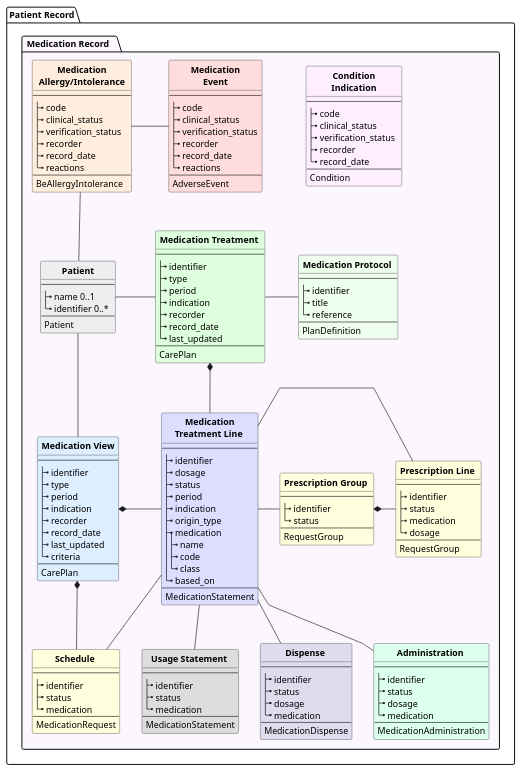
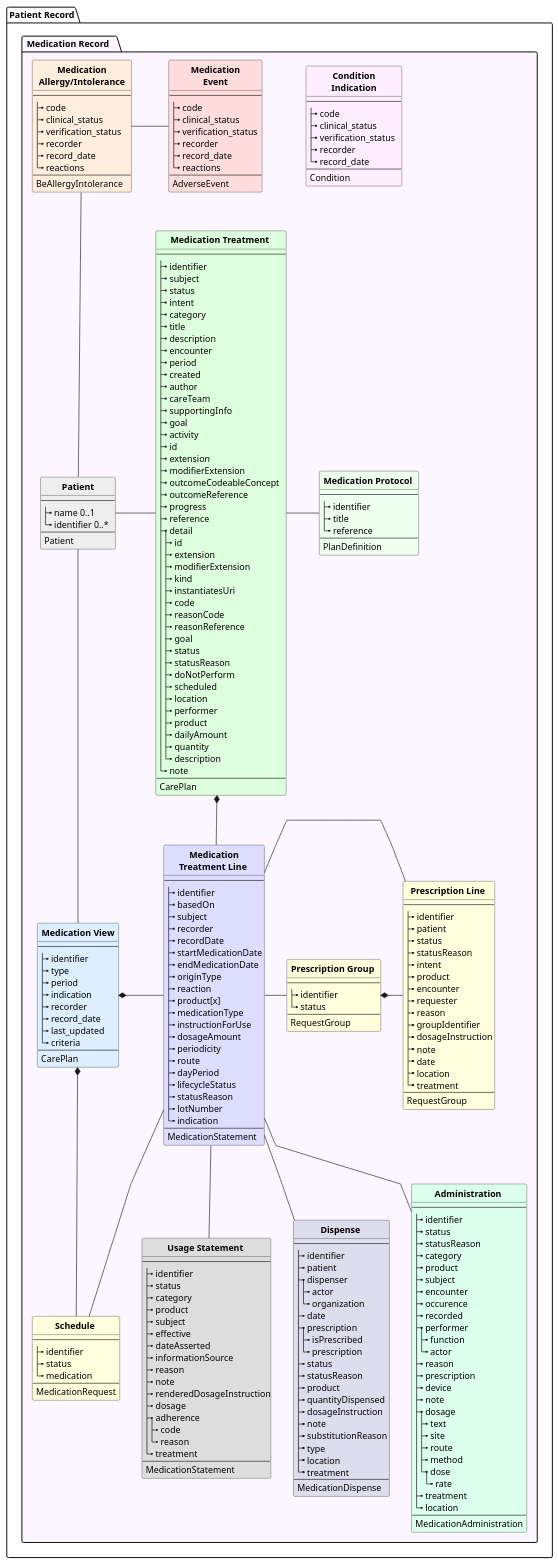
The diagram in input/images-source/medrecord-resources.plantuml (costateixeira/hl7-be-fhir-medication), drawn with PlantUML before and after one commit.

```diff
--- a/input/images-source/medrecord-resources.plantuml
+++ b/input/images-source/medrecord-resources.plantuml
@@ -31,30 +31,75 @@
 
     class " **Medication** \n **Treatment Line ** " as MTL #DDF {
         --
-        |_ identifier
-        |_ dosage
-        |_ status
-        |_ period
+        |_ identifier 
+        |_ basedOn 
+        |_ subject 
+        |_ recorder 
+        |_ recordDate 
+        |_ startMedicationDate 
+        |_ endMedicationDate 
+        |_ originType 
+        |_ reaction 
+        |_ product[x] 
+        |_ medicationType 
+        |_ instructionForUse 
+        |_ dosageAmount 
+        |_ periodicity 
+        |_ route 
+        |_ dayPeriod 
+        |_ lifecycleStatus 
+        |_ statusReason 
+        |_ lotNumber
         |_ indication
-        |_ origin_type
-        |_ medication
-          |_ name
-          |_ code
-          |_ class
-        |_ based_on
         --
         MedicationStatement
     }
 
     class " **Medication Treatment**  " as MT #DFD {
         --
-        |_ identifier
-        |_ type
-        |_ period
-        |_ indication
-        |_ recorder
-        |_ record_date
-        |_ last_updated
+        |_ identifier  
+        |_ subject  
+        |_ status  
+        |_ intent  
+        |_ category  
+        |_ title  
+        |_ description  
+        |_ encounter  
+        |_ period  
+        |_ created  
+        |_ author  
+        |_ careTeam  
+        |_ supportingInfo  
+        |_ goal  
+        |_ activity  
+        |_ id   
+        |_ extension   
+        |_ modifierExtension  
+        |_ outcomeCodeableConcept   
+        |_ outcomeReference   
+        |_ progress   
+        |_ reference  
+        |_ detail  
+          |_ id  
+          |_ extension  
+          |_ modifierExtension  
+          |_ kind  
+          |_ instantiatesUri  
+          |_ code  
+          |_ reasonCode  
+          |_ reasonReference  
+          |_ goal  
+          |_ status  
+          |_ statusReason   
+          |_ doNotPerform  
+          |_ scheduled 
+          |_ location   
+          |_ performer   
+          |_ product
+          |_ dailyAmount   
+          |_ quantity   
+          |_ description   
+        |_ note   
         --
         CarePlan
     }
@@ -94,10 +139,21 @@
 
 class " **Prescription Line**  " as PREL #FFD {
 --
-|_ identifier
-|_ status
-|_ medication
-|_ dosage
+|_ identifier 
+|_ patient 
+|_ status 
+|_ statusReason 
+|_ intent 
+|_ product
+|_ encounter 
+|_ requester 
+|_ reason 
+|_ groupIdentifier 
+|_ dosageInstruction 
+|_ note 
+|_ date 
+|_ location 
+|_ treatment 
 --
 RequestGroup
 }
@@ -115,28 +171,77 @@
 class " **Dispense**  " as DIS #DDE {
 --
 |_ identifier
+|_ patient
+|_ dispenser
+  |_ actor
+  |_ organization
+|_ date
+|_ prescription
+  |_ isPrescribed
+  |_ prescription
 |_ status
-|_ dosage
-|_ medication
+|_ statusReason
+|_ product
+|_ quantityDispensed
+|_ dosageInstruction
+|_ note
+|_ substitutionReason 
+|_ type
+|_ location
+|_ treatment
 --
 MedicationDispense
 }
 
 class " **Administration**  " as ADM #DFE {
 --
-|_ identifier
-|_ status
-|_ dosage
-|_ medication
+|_ identifier 
+|_ status 
+|_ statusReason 
+|_ category 
+|_ product
+|_ subject 
+|_ encounter 
+|_ occurence
+|_ recorded 
+|_ performer 
+  |_ function 
+  |_ actor 
+|_ reason
+|_ prescription 
+|_ device 
+|_ note 
+|_ dosage 
+  |_ text 
+  |_ site 
+  |_ route 
+  |_ method 
+  |_ dose 
+    |_ rate
+|_ treatment 
+|_ location 
 --
 MedicationAdministration
 }
 
 class " **Usage Statement**  " as USE #DDD {
 --
-|_ identifier
-|_ status
-|_ medication
+|_ identifier  
+|_ status  
+|_ category  
+|_ product
+|_ subject  
+|_ effective
+|_ dateAsserted
+|_ informationSource  
+|_ reason
+|_ note  
+|_ renderedDosageInstruction
+|_ dosage  
+|_ adherence  
+  |_ code  
+  |_ reason  
+|_ treatment  
 --
 MedicationStatement
 }
```
